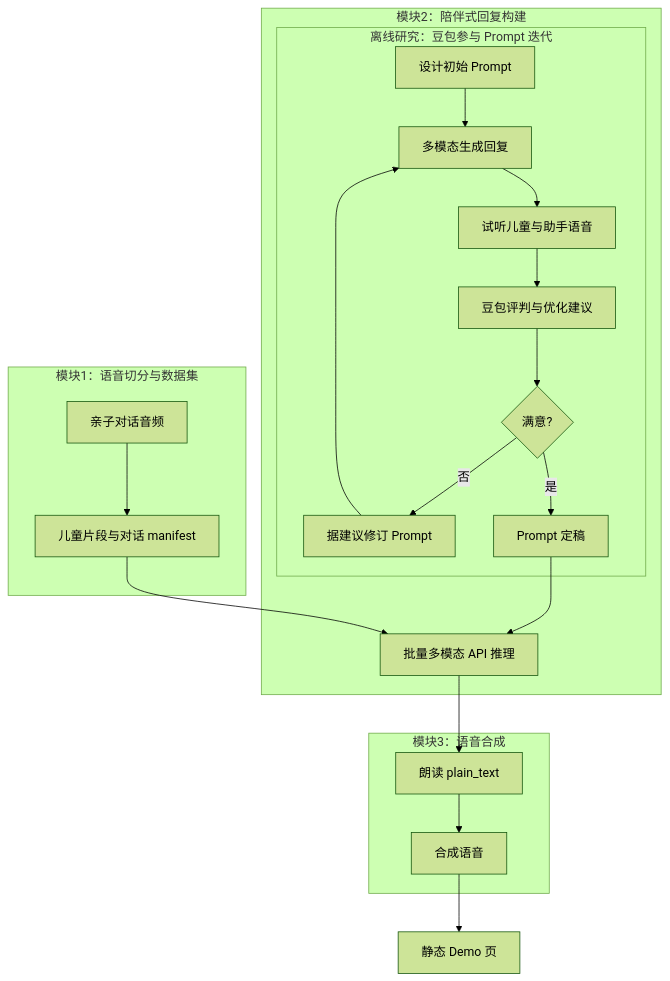
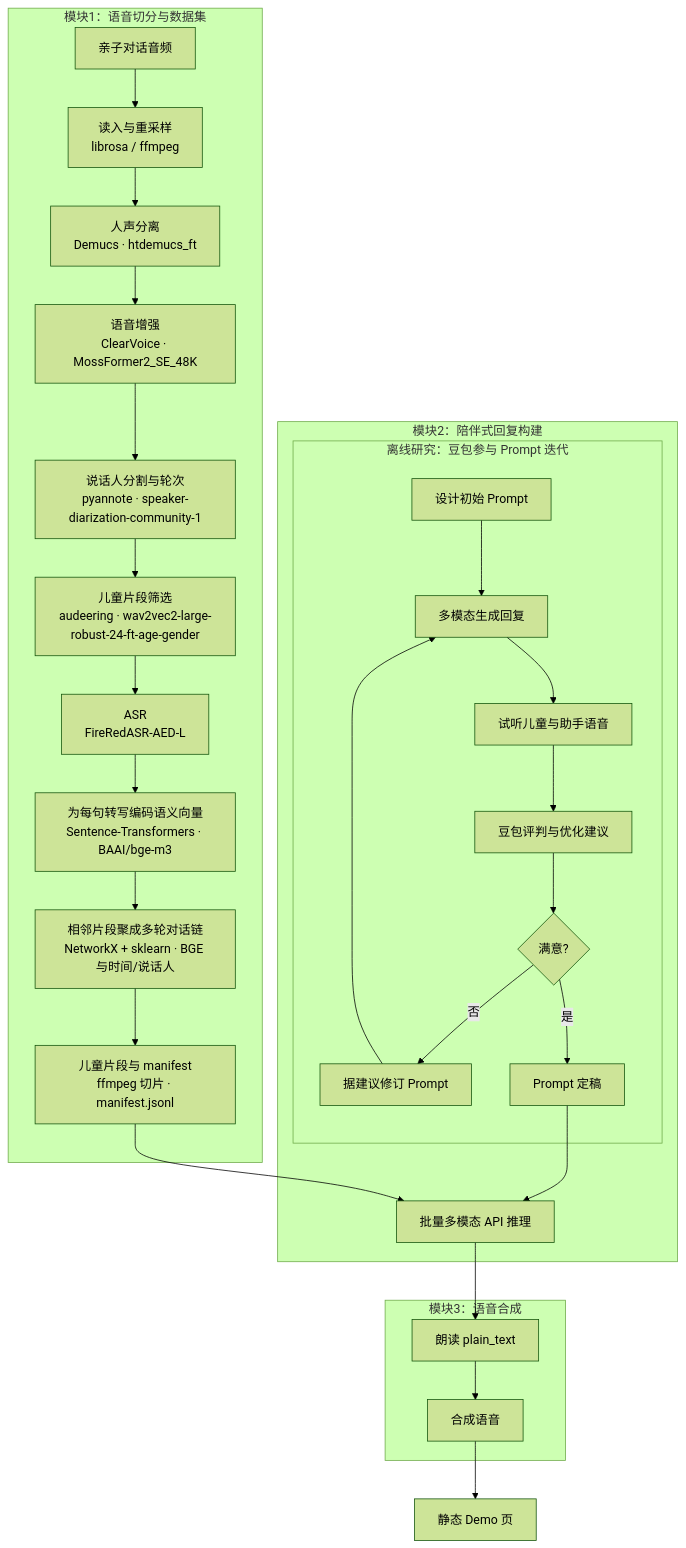
Before and after one commit to auto-chao/Children-Companion-Scenario-Pipeline: the diagram in README.md, drawn with Mermaid (forest theme). The commit also changed 47 other files, not shown here.

````diff
--- a/README.md
+++ b/README.md
@@ -106,28 +106,36 @@
 ```mermaid
 flowchart TB
   subgraph mod_seg [模块1：语音切分与数据集]
-    s1[亲子对话音频] --> s2[儿童片段与对话 manifest]
+    s1[亲子对话音频] --> m_load["读入与重采样<br/>librosa / ffmpeg"]
+    m_load --> m_demucs["人声分离<br/>Demucs · htdemucs_ft"]
+    m_demucs --> m_cv["语音增强<br/>ClearVoice · MossFormer2_SE_48K"]
+    m_cv --> m_pya["说话人分割与轮次<br/>pyannote · speaker-diarization-community-1"]
+    m_pya --> m_child["儿童片段筛选<br/>audeering · wav2vec2-large-robust-24-ft-age-gender"]
+    m_child --> m_asr["ASR<br/>FireRedASR-AED-L"]
+    m_asr --> m_bge["为每句转写编码语义向量<br/>Sentence-Transformers · BAAI/bge-m3"]
+    m_bge --> m_link["相邻片段聚成多轮对话链<br/>NetworkX + sklearn · BGE 与时间/说话人"]
+    m_link --> s2["儿童片段与 manifest<br/>ffmpeg 切片 · manifest.jsonl"]
   end
 
   subgraph mod_resp [模块2：陪伴式回复构建]
     subgraph loop_doubao [离线研究：豆包参与 Prompt 迭代]
       r1[设计初始 Prompt] --> r2[多模态生成回复]
       r2 --> r3[试听儿童与助手语音]
       r3 --> r4[豆包评判与优化建议]
       r4 --> r5{满意?}
       r5 -->|否| r6[据建议修订 Prompt]
       r6 --> r2
       r5 -->|是| r7[Prompt 定稿]
     end
     r7 --> r8[批量多模态 API 推理]
   end
 
   subgraph mod_tts [模块3：语音合成]
     t1[朗读 plain_text] --> t2[合成语音]
   end
 
   s2 --> r8
   r8 --> t1
   t2 --> d1[静态 Demo 页]
 
 ```
````
